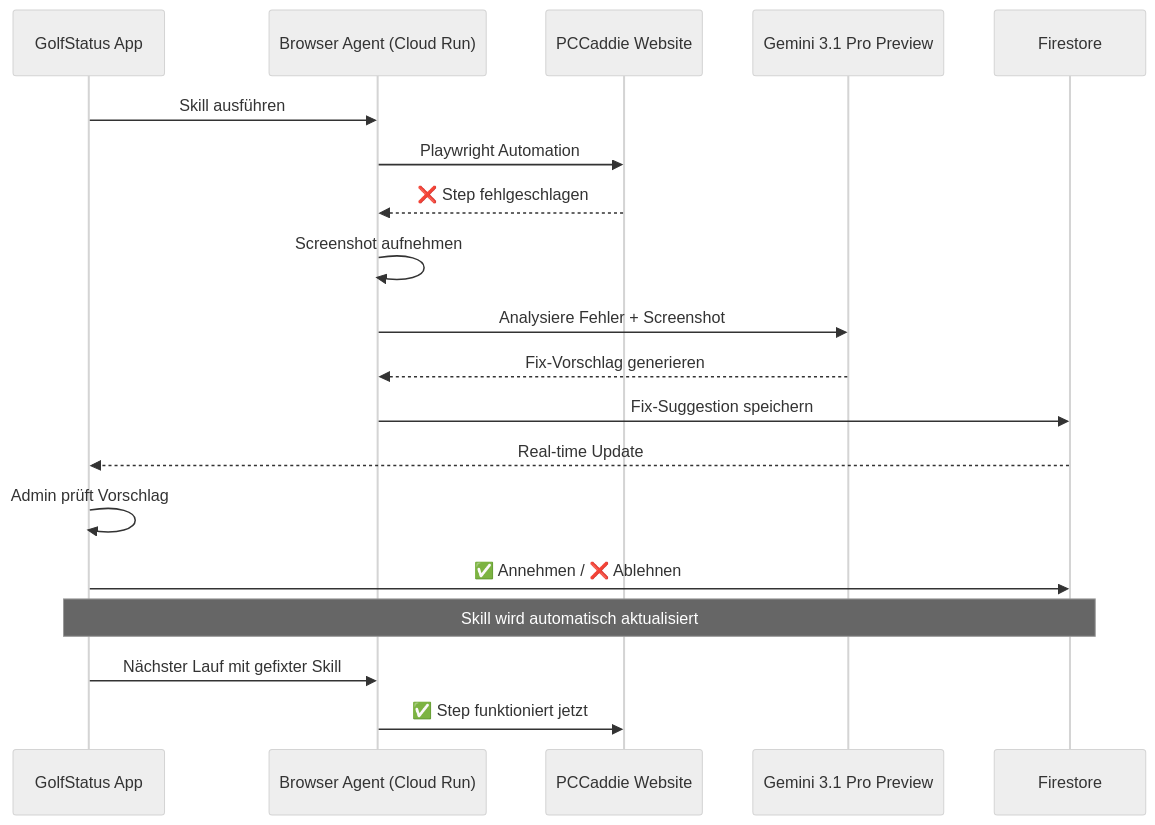
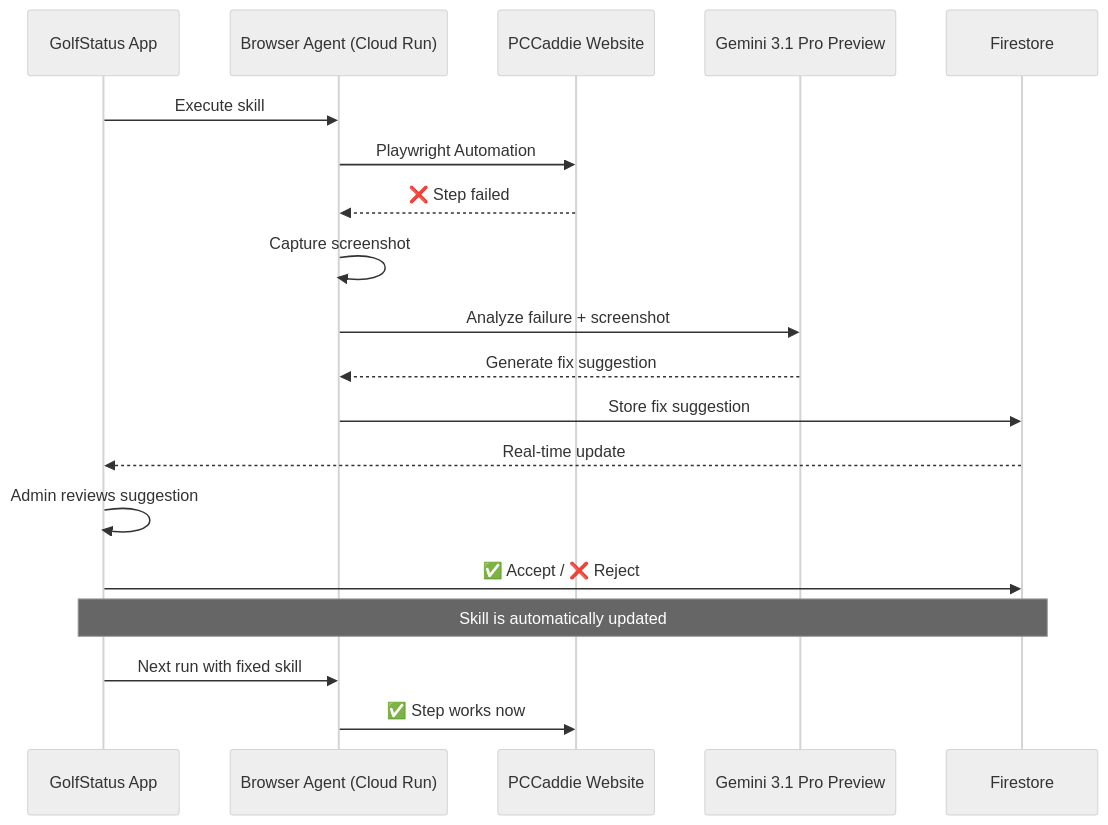
One commit to WTober/gemini-agent-challenge changed the diagram in SELF_HEALING_DEMO.md. Above: the diagram before and after it, drawn with Mermaid (neutral theme). The commit also changed other lines of this file, not shown here.

````diff
--- a/SELF_HEALING_DEMO.md
+++ b/SELF_HEALING_DEMO.md
@@ -26,22 +34,22 @@
 ```mermaid
 sequenceDiagram
     participant App as GolfStatus App
     participant Agent as Browser Agent (Cloud Run)
     participant Web as PCCaddie Website
     participant AI as Gemini 3.1 Pro Preview
     participant FS as Firestore
 
-    App->>Agent: Skill ausführen
+    App->>Agent: Execute skill
     Agent->>Web: Playwright Automation
-    Web-->>Agent: ❌ Step fehlgeschlagen
-    Agent->>Agent: Screenshot aufnehmen
-    Agent->>AI: Analysiere Fehler + Screenshot
-    AI-->>Agent: Fix-Vorschlag generieren
-    Agent->>FS: Fix-Suggestion speichern
-    FS-->>App: Real-time Update
-    App->>App: Admin prüft Vorschlag
-    App->>FS: ✅ Annehmen / ❌ Ablehnen
-    Note over App,FS: Skill wird automatisch aktualisiert
-    App->>Agent: Nächster Lauf mit gefixter Skill
-    Agent->>Web: ✅ Step funktioniert jetzt
+    Web-->>Agent: ❌ Step failed
+    Agent->>Agent: Capture screenshot
+    Agent->>AI: Analyze failure + screenshot
+    AI-->>Agent: Generate fix suggestion
+    Agent->>FS: Store fix suggestion
+    FS-->>App: Real-time update
+    App->>App: Admin reviews suggestion
+    App->>FS: ✅ Accept / ❌ Reject
+    Note over App,FS: Skill is automatically updated
+    App->>Agent: Next run with fixed skill
+    Agent->>Web: ✅ Step works now
 ```
````
